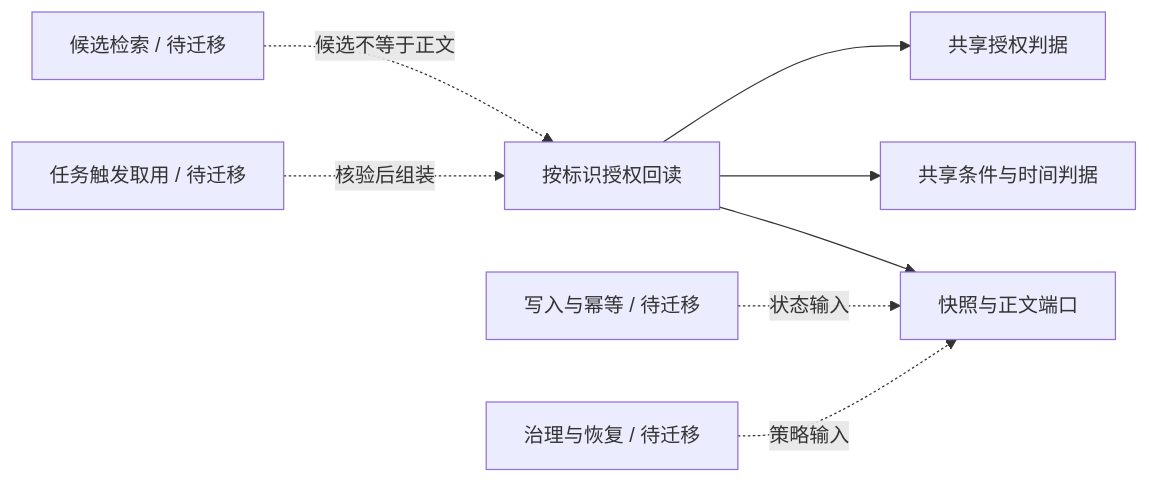
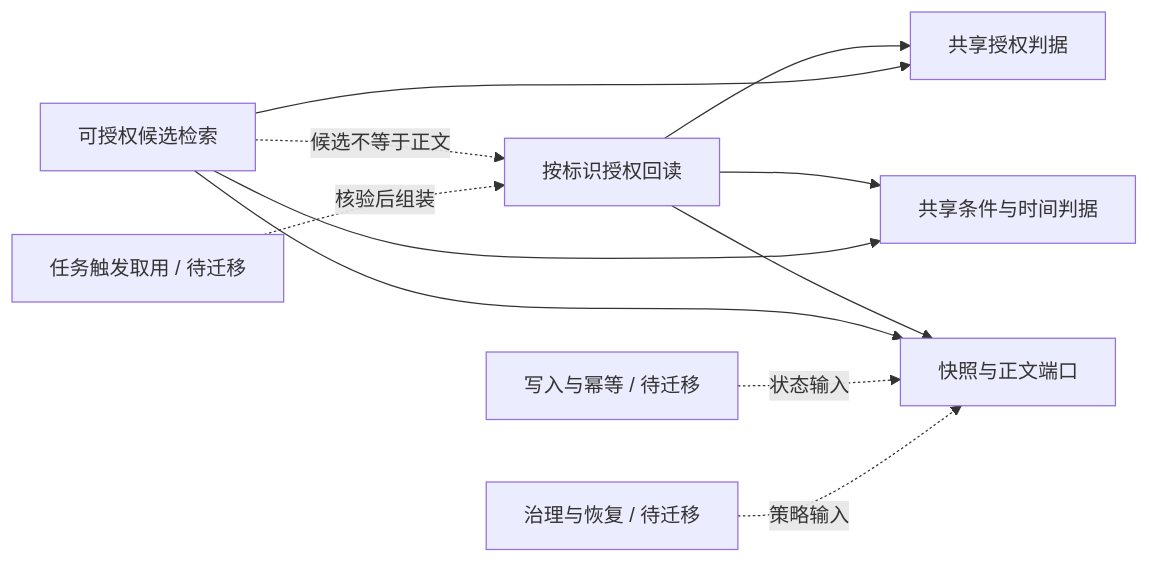
The diagram in docs/CAPABILITY_GRAPH.md (FuRongJun-1999/dsh-lingshu-memory), drawn with Mermaid before and after one commit. The commit also changed other lines of this file and 15 other files, not shown here.

```diff
--- a/docs/CAPABILITY_GRAPH.md
+++ b/docs/CAPABILITY_GRAPH.md
@@ -5,10 +5,13 @@
 ~~~mermaid
 graph LR
   G[按标识授权回读] --> A[共享授权判据]
   G --> T[共享条件与时间判据]
   G --> S[快照与正文端口]
-  Q[候选检索 / 待迁移] -. 候选不等于正文 .-> G
+  Q[可授权候选检索] --> A
+  Q --> T
+  Q --> S
+  Q -. 候选不等于正文 .-> G
   W[写入与幂等 / 待迁移] -. 状态输入 .-> S
   R[治理与恢复 / 待迁移] -. 策略输入 .-> S
   C[任务触发取用 / 待迁移] -. 核验后组装 .-> G
 ~~~
```
